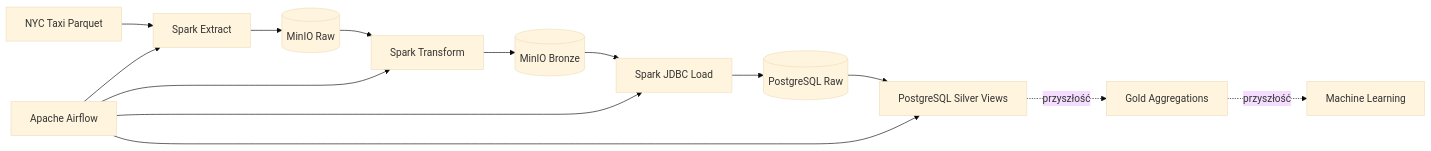
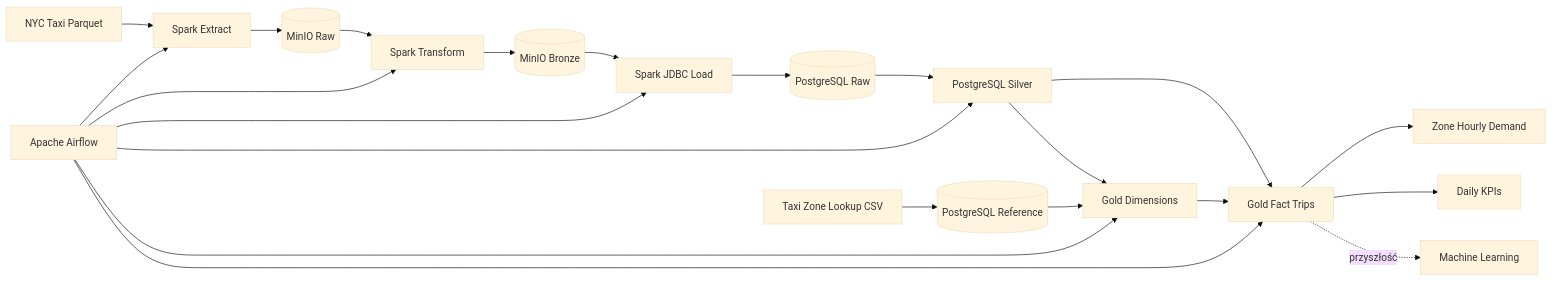
The first of 3 diagrams in README.md (Turbo-Blender/nyc-taxi-lakehouse), drawn with Mermaid (base theme) before and after one commit. The commit also changed other lines of this file and 3 other files, not shown here.

````diff
--- a/README.md
+++ b/README.md
@@ -79,16 +84,24 @@
 ```mermaid
 flowchart LR
     Source[NYC Taxi Parquet] --> SparkExtract[Spark Extract]
     SparkExtract --> RawLake[(MinIO Raw)]
     RawLake --> SparkTransform[Spark Transform]
     SparkTransform --> BronzeLake[(MinIO Bronze)]
     BronzeLake --> SparkLoad[Spark JDBC Load]
     SparkLoad --> RawDB[(PostgreSQL Raw)]
-    RawDB --> Silver[PostgreSQL Silver Views]
-    Silver -. przyszłość .-> Gold[Gold Aggregations]
-    Gold -. przyszłość .-> ML[Machine Learning]
+    RawDB --> Silver[PostgreSQL Silver]
+    Zones[Taxi Zone Lookup CSV] --> Reference[(PostgreSQL Reference)]
+    Silver --> Dimensions[Gold Dimensions]
+    Reference --> Dimensions
+    Silver --> Fact[Gold Fact Trips]
+    Dimensions --> Fact
+    Fact --> Hourly[Zone Hourly Demand]
+    Fact --> Daily[Daily KPIs]
+    Fact -. przyszłość .-> ML[Machine Learning]
     Airflow[Apache Airflow] --> SparkExtract
     Airflow --> SparkTransform
     Airflow --> SparkLoad
     Airflow --> Silver
+    Airflow --> Dimensions
+    Airflow --> Fact
 ```
````
